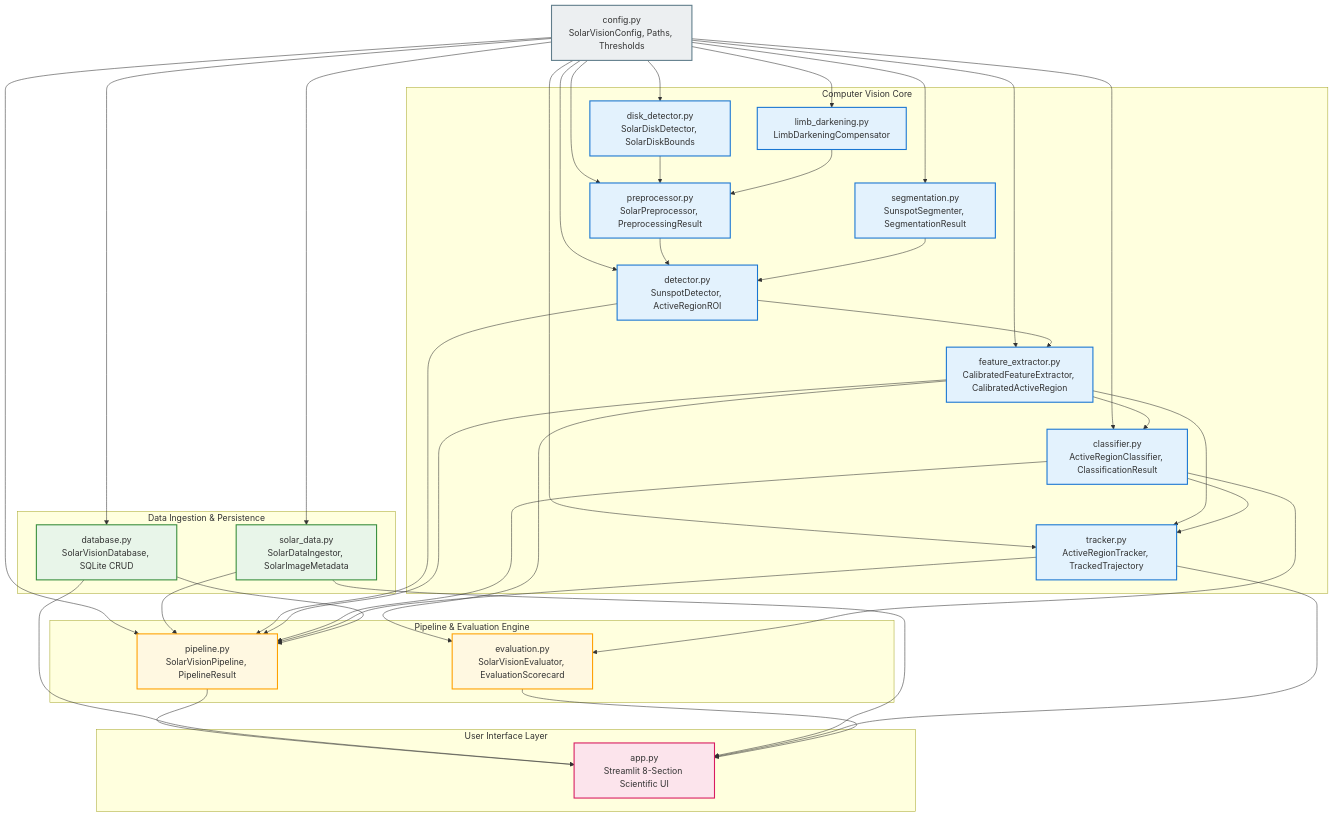
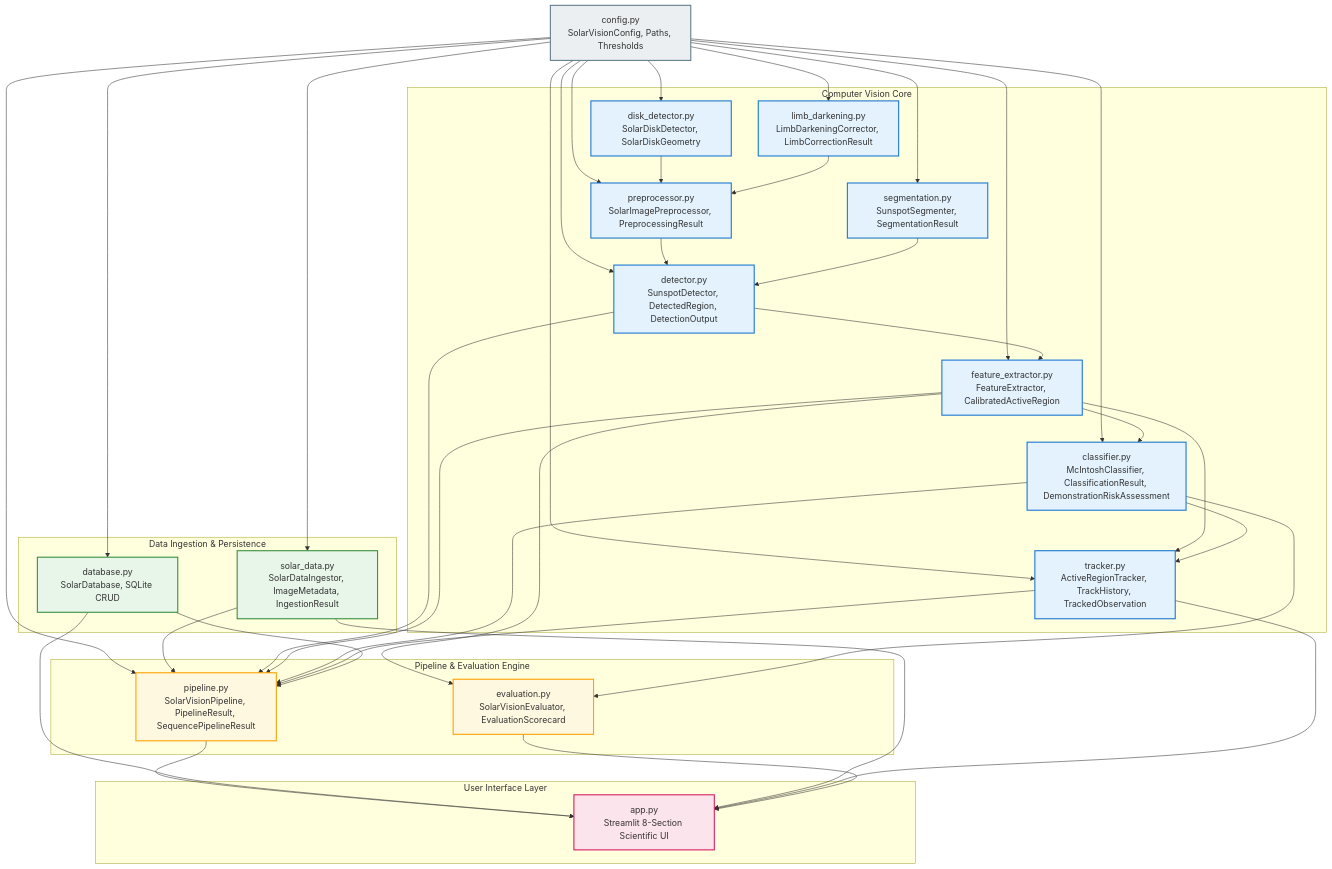
One commit to tribhu05/SolarVision changed the diagram in docs/diagrams/3_module_dependencies.md. Above: the diagram before and after it, drawn with Mermaid. The commit also changed other lines of this file and 1 other file, not shown here.

Commit message:
docs(diagrams): align exact class and table names across architecture diagrams

````diff
--- a/docs/diagrams/3_module_dependencies.md
+++ b/docs/diagrams/3_module_dependencies.md
@@ -6,79 +6,79 @@
 ```mermaid
 graph TD
     CFG["config.py<br/>SolarVisionConfig, Paths, Thresholds"]
 
     subgraph Data_Layer["Data Ingestion & Persistence"]
-        DATA["solar_data.py<br/>SolarDataIngestor, SolarImageMetadata"]
-        DB["database.py<br/>SolarVisionDatabase, SQLite CRUD"]
+        DATA["solar_data.py<br/>SolarDataIngestor, ImageMetadata, IngestionResult"]
+        DB["database.py<br/>SolarDatabase, SQLite CRUD"]
     end
 
     subgraph CV_Core["Computer Vision Core"]
-        DISK["disk_detector.py<br/>SolarDiskDetector, SolarDiskBounds"]
-        LIMB["limb_darkening.py<br/>LimbDarkeningCompensator"]
-        PREP["preprocessor.py<br/>SolarPreprocessor, PreprocessingResult"]
+        DISK["disk_detector.py<br/>SolarDiskDetector, SolarDiskGeometry"]
+        LIMB["limb_darkening.py<br/>LimbDarkeningCorrector, LimbCorrectionResult"]
+        PREP["preprocessor.py<br/>SolarImagePreprocessor, PreprocessingResult"]
         SEG["segmentation.py<br/>SunspotSegmenter, SegmentationResult"]
-        DET["detector.py<br/>SunspotDetector, ActiveRegionROI"]
-        FEAT["feature_extractor.py<br/>CalibratedFeatureExtractor, CalibratedActiveRegion"]
-        CLASS["classifier.py<br/>ActiveRegionClassifier, ClassificationResult"]
-        TRACK["tracker.py<br/>ActiveRegionTracker, TrackedTrajectory"]
+        DET["detector.py<br/>SunspotDetector, DetectedRegion, DetectionOutput"]
+        FEAT["feature_extractor.py<br/>FeatureExtractor, CalibratedActiveRegion"]
+        CLASS["classifier.py<br/>McIntoshClassifier, ClassificationResult, DemonstrationRiskAssessment"]
+        TRACK["tracker.py<br/>ActiveRegionTracker, TrackHistory, TrackedObservation"]
     end
 
     subgraph Orchestration["Pipeline & Evaluation Engine"]
-        PIPE["pipeline.py<br/>SolarVisionPipeline, PipelineResult"]
+        PIPE["pipeline.py<br/>SolarVisionPipeline, PipelineResult, SequencePipelineResult"]
         EVAL["evaluation.py<br/>SolarVisionEvaluator, EvaluationScorecard"]
     end
 
     subgraph Presentation["User Interface Layer"]
         APP["app.py<br/>Streamlit 8-Section Scientific UI"]
     end
 
     %% Dependency Connections
     CFG --> DATA
     CFG --> DISK
     CFG --> LIMB
     CFG --> PREP
     CFG --> SEG
     CFG --> DET
     CFG --> FEAT
     CFG --> CLASS
     CFG --> TRACK
     CFG --> DB
     CFG --> PIPE
 
     DATA --> PIPE
     DISK --> PREP
     LIMB --> PREP
     PREP --> DET
     SEG --> DET
     DET --> FEAT
     FEAT --> CLASS
     FEAT --> TRACK
     CLASS --> TRACK
 
     DET --> PIPE
     FEAT --> PIPE
     CLASS --> PIPE
     TRACK --> PIPE
     DB --> PIPE
 
     PIPE --> APP
     DB --> APP
     DATA --> APP
     TRACK --> APP
     EVAL --> APP
 
     FEAT --> EVAL
     CLASS --> EVAL
 
     classDef config fill:#eceff1,stroke:#607d8b,stroke-width:2px;
     classDef data fill:#e8f5e9,stroke:#388e3c,stroke-width:2px;
     classDef cv fill:#e3f2fd,stroke:#1976d2,stroke-width:2px;
     classDef orch fill:#fff8e1,stroke:#ffa000,stroke-width:2px;
     classDef ui fill:#fce4ec,stroke:#d81b60,stroke-width:2px;
 
     class CFG config;
     class DATA,DB data;
     class DISK,LIMB,PREP,SEG,DET,FEAT,CLASS,TRACK cv;
     class PIPE,EVAL orch;
     class APP ui;
 ```
````
